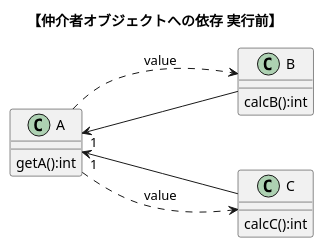
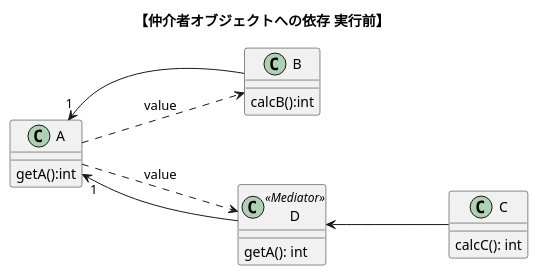
Before and after one commit to nitta-lab/TwoStagesModelingExperiments: the diagram in puml/classes/before_dependents_mediator.puml, drawn with PlantUML. The commit also changed 14 other files, not shown here.

```diff
--- a/puml/classes/before_dependents_mediator.puml
+++ b/puml/classes/before_dependents_mediator.puml
@@ -1,22 +1,25 @@
 @startuml map_class_push_CFD
 title "【仲介者オブジェクトへの依存 実行前】"
 left to right direction
 
 class "A"{
     getA():int
 }
 class "B"{
     calcB():int
 }
 class "C"{
-    calcC():int
+    calcC(): int
+}
+class "D"<<Mediator>>{
+    getA(): int
 }
 
+"A" "1"<--- "B" 
 "A" ...> "B" : value
-"A" "1" <--- "B"
-
-"A" "1"<--- "C" 
-"A" ...> "C" : value
+"A" ...> "D" : value
+"A" "1" <--- "D"
+"D" <--- "C"
 
 
 @enduml
```
